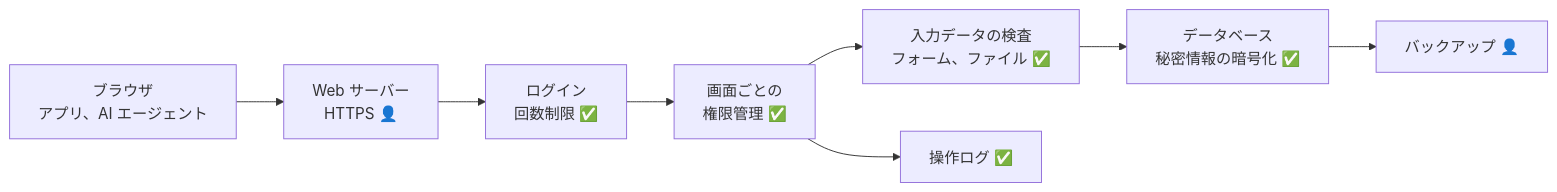
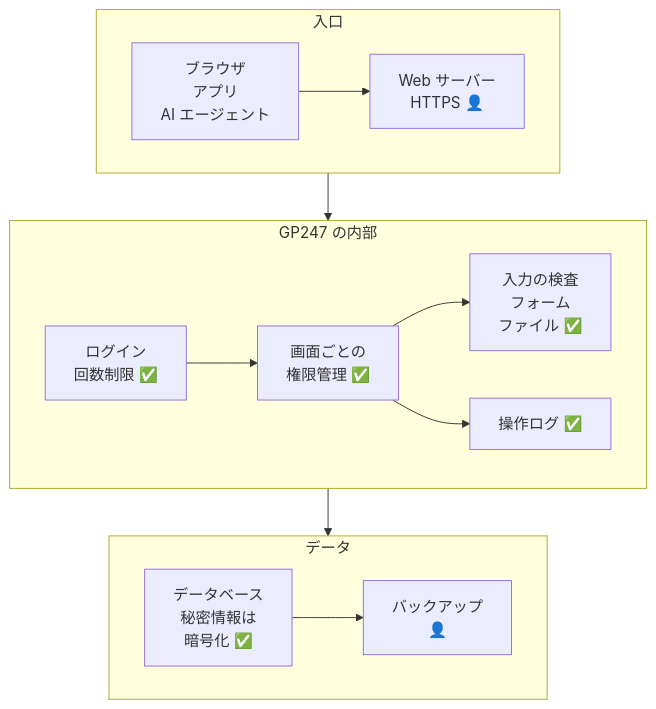
One commit to gp247net/gp247-docs changed the diagram in security/security-built-in_ja.md. Above: the diagram before and after it, drawn with Mermaid. The commit also changed 44 other files, not shown here.

First line of the commit message:
docs: redraw oversized diagrams in security, API and MCP docs (vi/en/ja)

````diff
--- a/security/security-built-in_ja.md
+++ b/security/security-built-in_ja.md
@@ -15,10 +15,18 @@
 ```mermaid
-flowchart LR
-    U["ブラウザ<br/>アプリ、AI エージェント"] --> W["Web サーバー<br/>HTTPS 👤"]
-    W --> A["ログイン<br/>回数制限 ✅"]
-    A --> P["画面ごとの<br/>権限管理 ✅"]
-    P --> I["入力データの検査<br/>フォーム、ファイル ✅"]
-    I --> D["データベース<br/>秘密情報の暗号化 ✅"]
-    P --> L["操作ログ ✅"]
-    D --> K["バックアップ 👤"]
+flowchart TB
+    subgraph O["入口"]
+        direction LR
+        U["ブラウザ<br/>アプリ<br/>AI エージェント"] --> W["Web サーバー<br/>HTTPS 👤"]
+    end
+    subgraph APP["GP247 の内部"]
+        direction LR
+        A["ログイン<br/>回数制限 ✅"] --> P["画面ごとの<br/>権限管理 ✅"]
+        P --> I["入力の検査<br/>フォーム<br/>ファイル ✅"]
+        P --> L["操作ログ ✅"]
+    end
+    subgraph DATA["データ"]
+        direction LR
+        D["データベース<br/>秘密情報は<br/>暗号化 ✅"] --> K["バックアップ<br/>👤"]
+    end
+    O --> APP --> DATA
 ```
````
